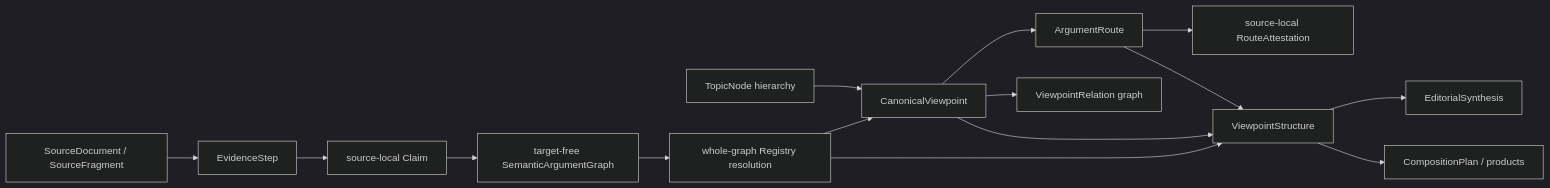
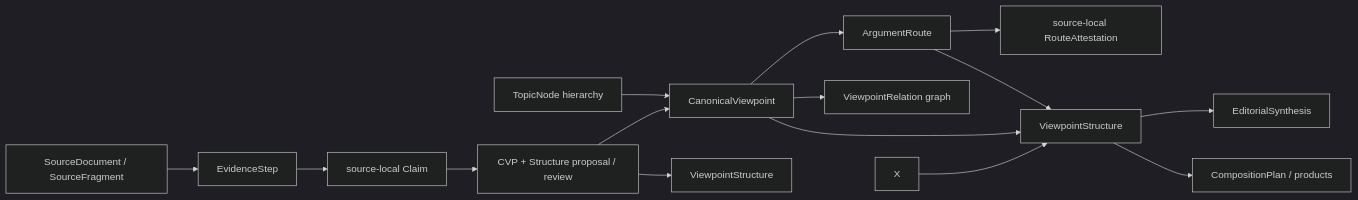
One commit to junyang168/smart-answer changed the second of 9 diagrams in docs/wang-knowledge-platform/canonical_viewpoint_registry_design_v1.md. Above: the diagram before and after it, drawn with Mermaid (dark theme). The commit also changed other lines of this file, not shown here.

First line of the commit message:
docs: scope CVP revision to identity and structure

````diff
--- a/docs/wang-knowledge-platform/canonical_viewpoint_registry_design_v1.md
+++ b/docs/wang-knowledge-platform/canonical_viewpoint_registry_design_v1.md
@@ -176,17 +189,17 @@
 ```mermaid
 flowchart LR
     S["SourceDocument / SourceFragment"] --> E["EvidenceStep"]
     E --> C["source-local Claim"]
-    C --> G["target-free SemanticArgumentGraph"]
-    G --> X["whole-graph Registry resolution"]
-    X --> V["CanonicalViewpoint"]
+    C --> G["CVP + Structure proposal / review"]
+    G --> V["CanonicalViewpoint"]
+    G --> VS0["ViewpointStructure"]
     V --> A["ArgumentRoute"]
     A --> AT["source-local RouteAttestation"]
     V --> VR["ViewpointRelation graph"]
     X --> VS["ViewpointStructure"]
     V --> VS
     A --> VS
     T["TopicNode hierarchy"] --> V
     VS --> ES["EditorialSynthesis"]
     VS --> CP["CompositionPlan / products"]
 ```
````
